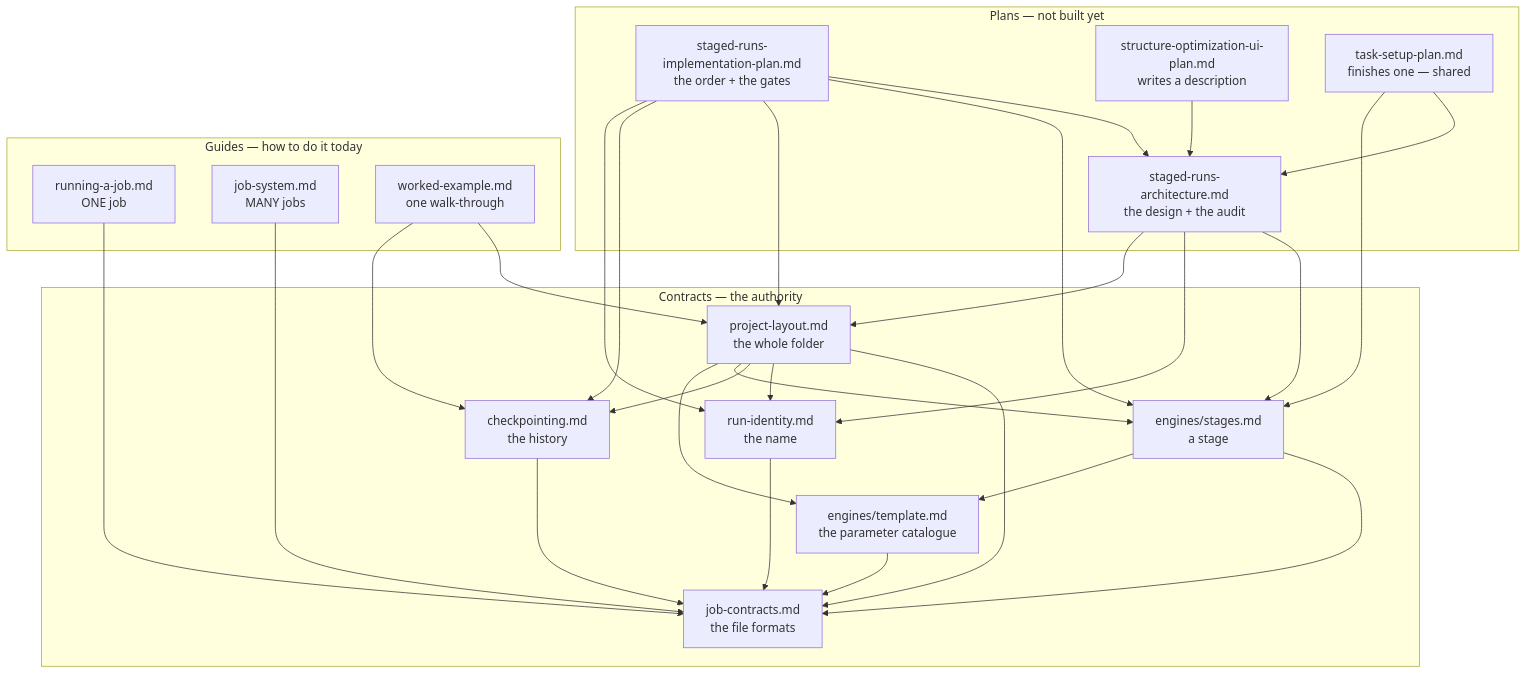
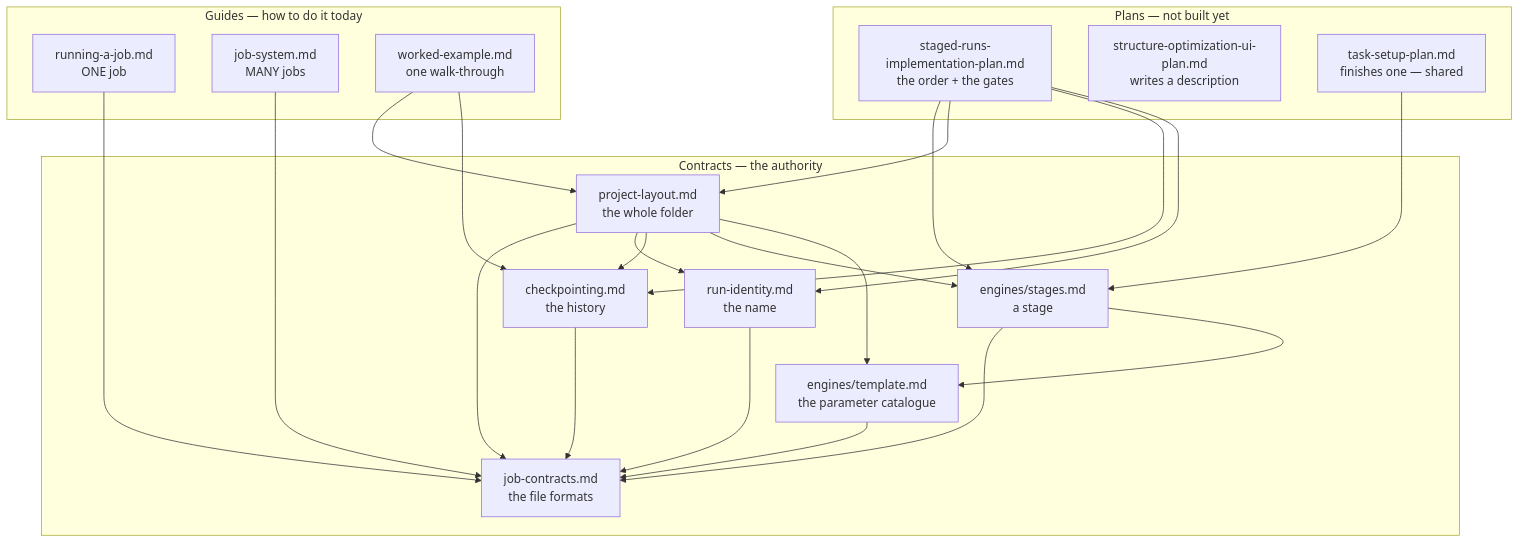
Before and after one commit to Qing-LAB/molbuilder: the first of 2 diagrams in docs/execution/overview.md, drawn with Mermaid. The commit also changed other lines of this file and 16 other files, not shown here.

````diff
--- a/docs/execution/overview.md
+++ b/docs/execution/overview.md
@@ -77,34 +76,31 @@
 ```mermaid
 flowchart TB
     subgraph plans["Plans — not built yet"]
       IMP["staged-runs-implementation-plan.md<br/>the order + the gates"]
-      SRA["staged-runs-architecture.md<br/>the design + the audit"]
       UIP["structure-optimization-ui-plan.md<br/>writes a description"]
       TSP["task-setup-plan.md<br/>finishes one — shared"]
     end
     subgraph guides["Guides — how to do it today"]
       RAJ["running-a-job.md<br/>ONE job"]
       JS["job-system.md<br/>MANY jobs"]
       WE["worked-example.md<br/>one walk-through"]
     end
     subgraph contracts["Contracts — the authority"]
       PL["project-layout.md<br/>the whole folder"]
       CP["checkpointing.md<br/>the history"]
       RI["run-identity.md<br/>the name"]
       ST["engines/stages.md<br/>a stage"]
       TPL["engines/template.md<br/>the parameter catalogue"]
       JC["job-contracts.md<br/>the file formats"]
     end
-    UIP --> SRA
-    TSP --> SRA & ST
-    IMP --> SRA & ST & PL & CP & RI
-    SRA --> ST & RI & PL
+    TSP --> ST
+    IMP --> ST & PL & CP & RI
     WE --> PL & CP
     JS --> JC
     RAJ --> JC
     PL --> JC & RI & CP & ST & TPL
     CP --> JC
     RI --> JC
     ST --> JC & TPL
     TPL --> JC
 ```
````
